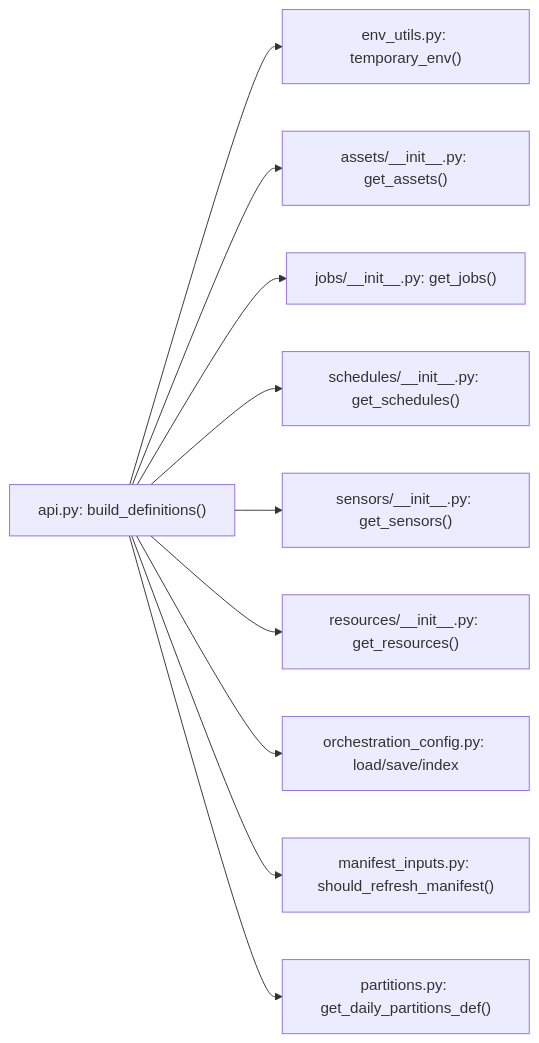
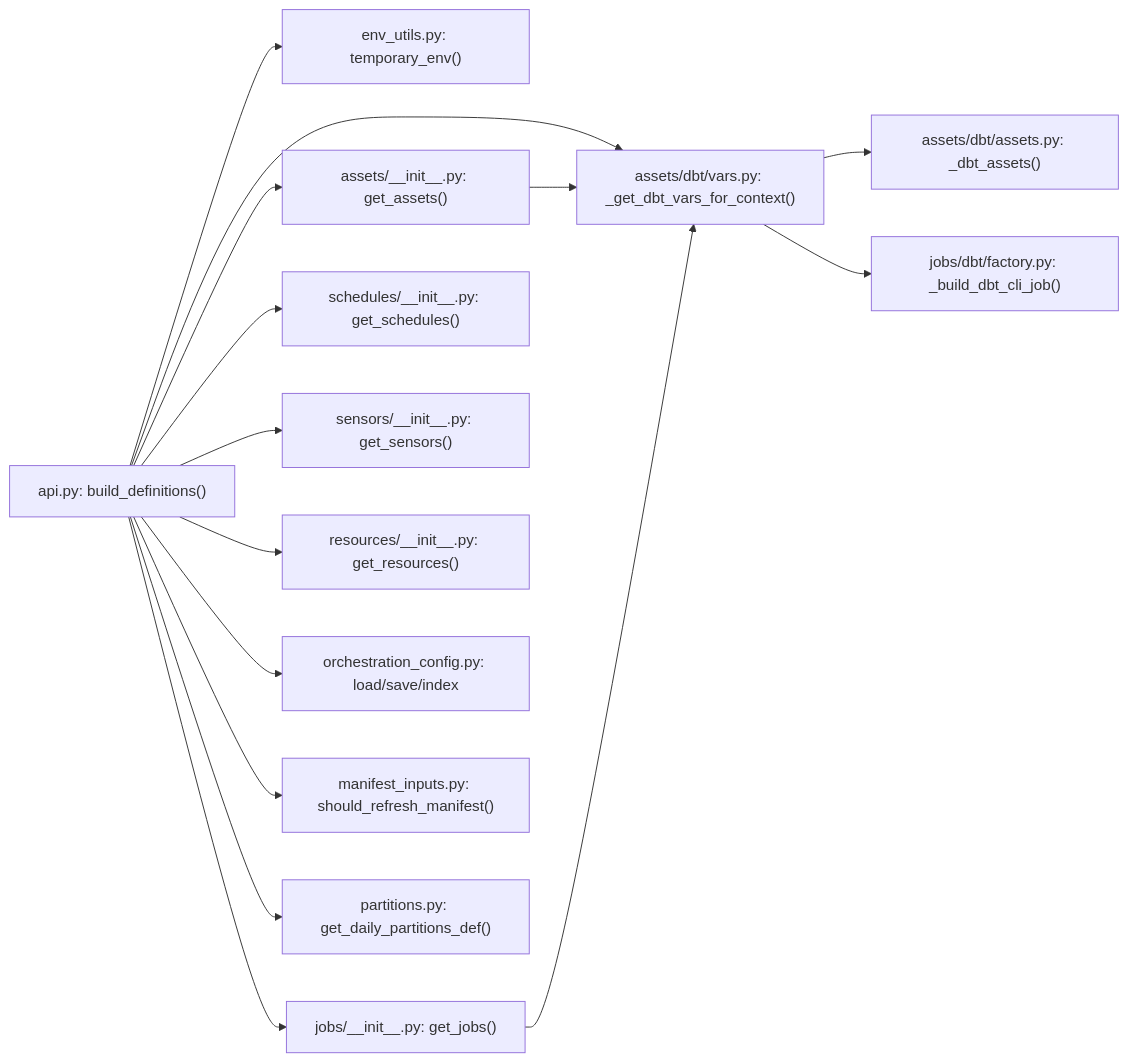
The third of 5 diagrams in .qoder/repowiki/en/content/API Reference.md (metasync/dbt-dagsterizer), drawn with Mermaid before and after one commit. The commit also changed other lines of this file and 16 other files, not shown here.

````diff
--- a/.qoder/repowiki/en/content/API Reference.md
+++ b/.qoder/repowiki/en/content/API Reference.md
@@ -294,12 +443,17 @@
 ```mermaid
 graph LR
 A["api.py: build_definitions()"] --> B["env_utils.py: temporary_env()"]
 A --> C["assets/__init__.py: get_assets()"]
 A --> D["jobs/__init__.py: get_jobs()"]
 A --> E["schedules/__init__.py: get_schedules()"]
 A --> F["sensors/__init__.py: get_sensors()"]
 A --> G["resources/__init__.py: get_resources()"]
 A --> H["orchestration_config.py: load/save/index"]
 A --> I["manifest_inputs.py: should_refresh_manifest()"]
 A --> J["partitions.py: get_daily_partitions_def()"]
+A --> K["assets/dbt/vars.py: _get_dbt_vars_for_context()"]
+C --> K
+D --> K
+K --> L["assets/dbt/assets.py: _dbt_assets()"]
+K --> M["jobs/dbt/factory.py: _build_dbt_cli_job()"]
 ```
````
